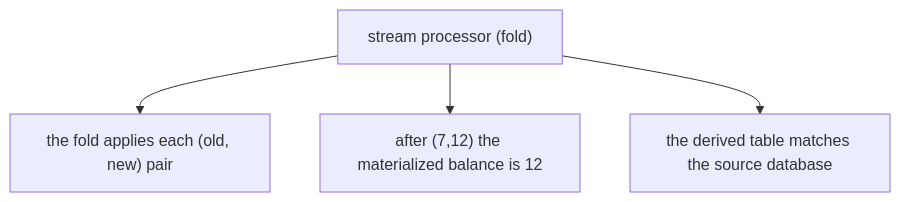
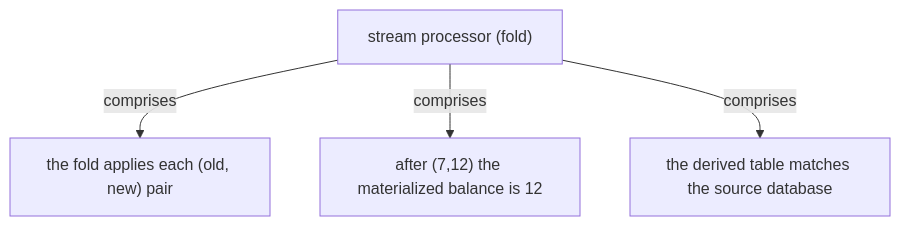
Before and after one commit to vinayakuber/streaming-systems-study-guide: the seventh of 19 diagrams in docs/ch06-streams-and-tables.md, drawn with Mermaid. The commit also changed other lines of this file and 22 other files, not shown here.

First line of the commit message:
R18: label every diagram arrow with its meaning

````diff
--- a/docs/ch06-streams-and-tables.md
+++ b/docs/ch06-streams-and-tables.md
@@ -179,7 +179,7 @@
 ```mermaid
 flowchart TD
   R["stream processor (fold)"]
-  R --> P0["the fold applies each (old, new) pair"]
-  R --> P1["after (7,12) the materialized balance is 12"]
-  R --> P2["the derived table matches the source database"]
+  R -->|"comprises"| P0["the fold applies each (old, new) pair"]
+  R -->|"comprises"| P1["after (7,12) the materialized balance is 12"]
+  R -->|"comprises"| P2["the derived table matches the source database"]
 ```
````
